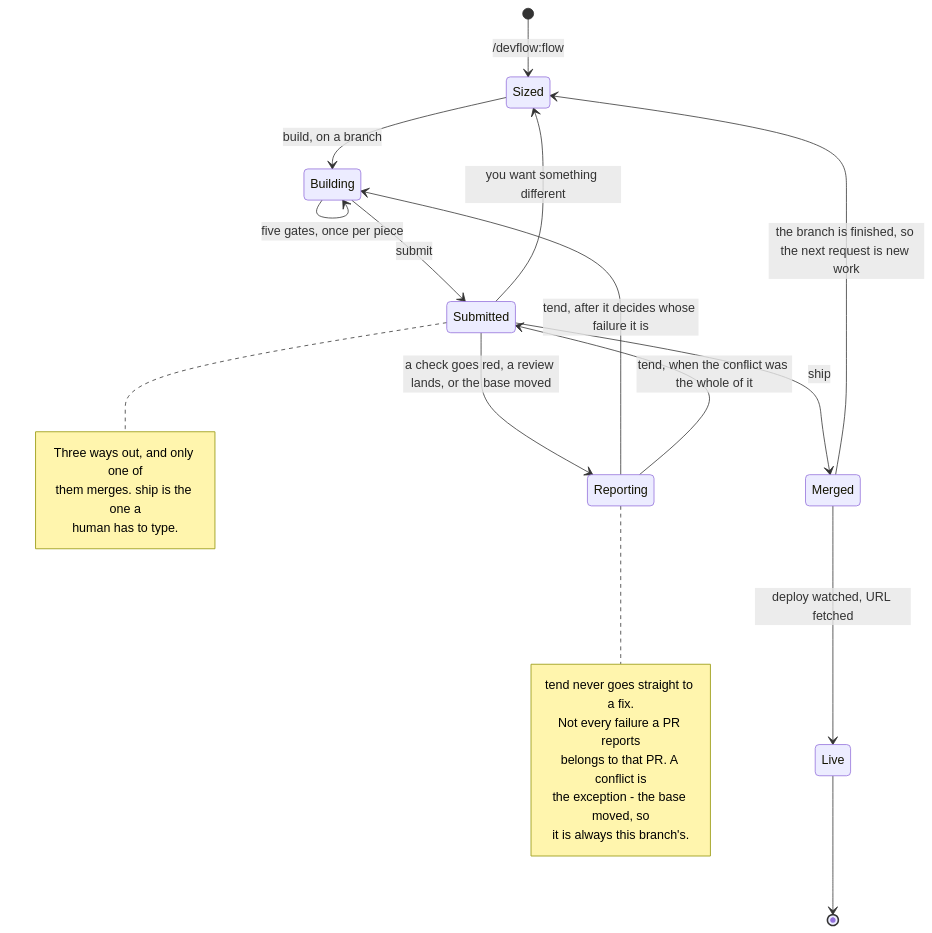
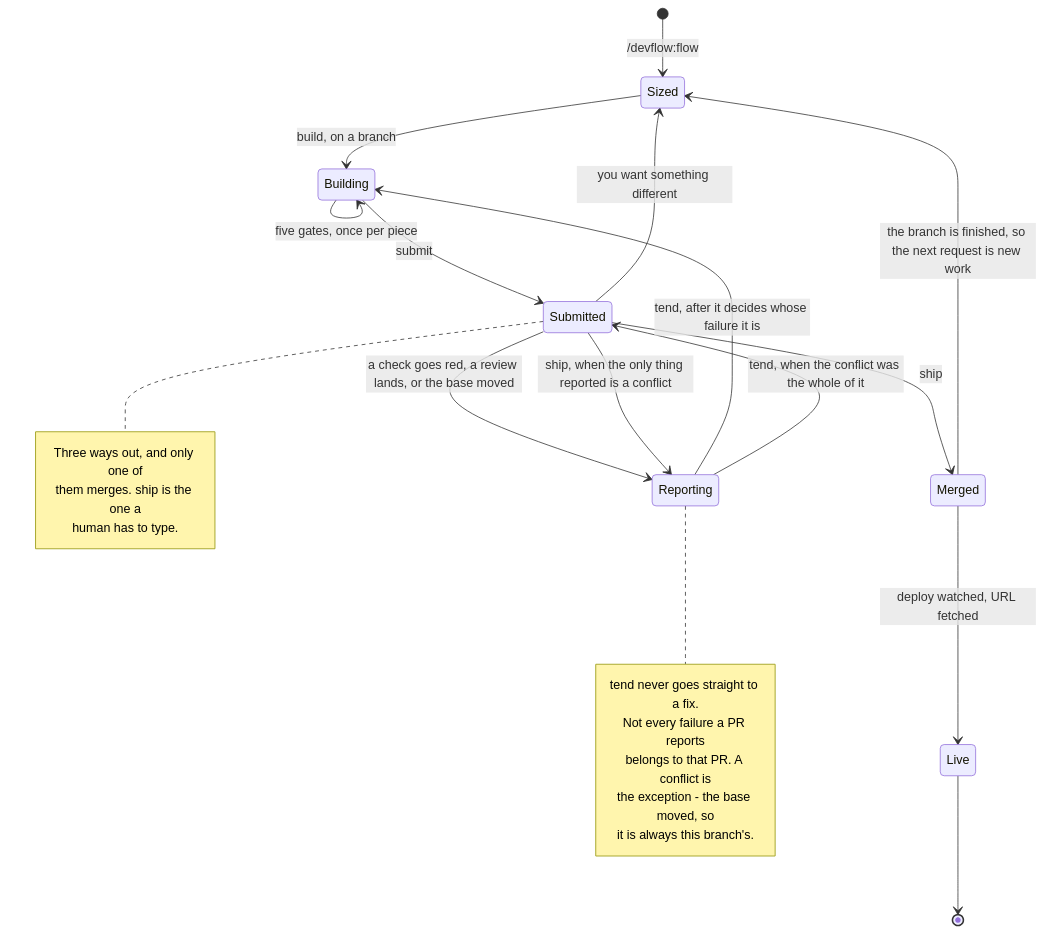
Before and after one commit to eddiechok/agent-devflow: the first of 2 diagrams in docs/pipeline.md, drawn with Mermaid. The commit also changed 5 other files, not shown here.

````diff
--- a/docs/pipeline.md
+++ b/docs/pipeline.md
@@ -33,31 +33,32 @@
 ```mermaid
 stateDiagram-v2
     direction TB
 
     [*] --> Sized: /devflow:flow
     Sized --> Building: build, on a branch
     Building --> Building: five gates, once per piece
     Building --> Submitted: submit
     Submitted --> Reporting: a check goes red, a review lands, or the base moved
     Reporting --> Building: tend, after it decides whose failure it is
     Reporting --> Submitted: tend, when the conflict was the whole of it
     Submitted --> Sized: you want something different
     Merged --> Sized: the branch is finished, so the next request is new work
     Submitted --> Merged: ship
+    Submitted --> Reporting: ship, when the only thing reported is a conflict
     Merged --> Live: deploy watched, URL fetched
     Live --> [*]
 
     note right of Submitted
         Three ways out, and only one of
         them merges. ship is the one a
         human has to type.
     end note
 
     note right of Reporting
         tend never goes straight to a fix.
         Not every failure a PR reports
         belongs to that PR. A conflict is
         the exception - the base moved, so
         it is always this branch's.
     end note
 ```
````
